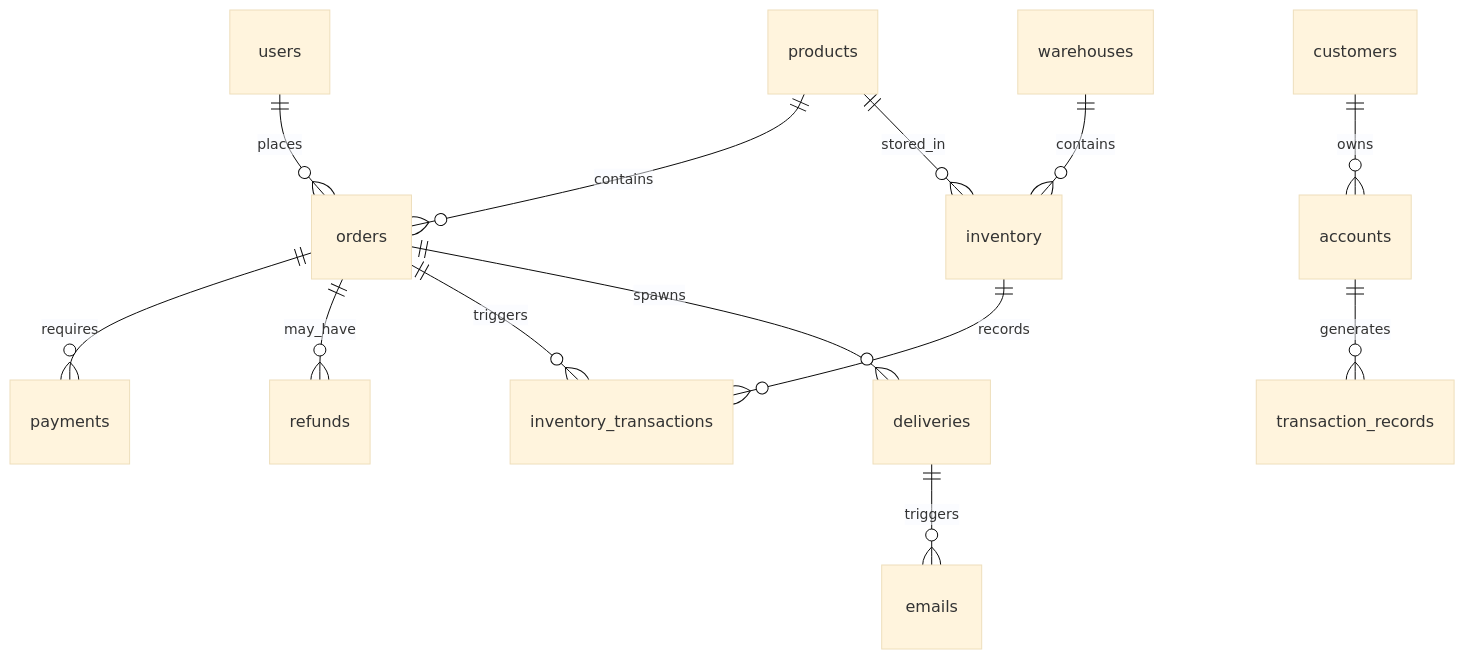
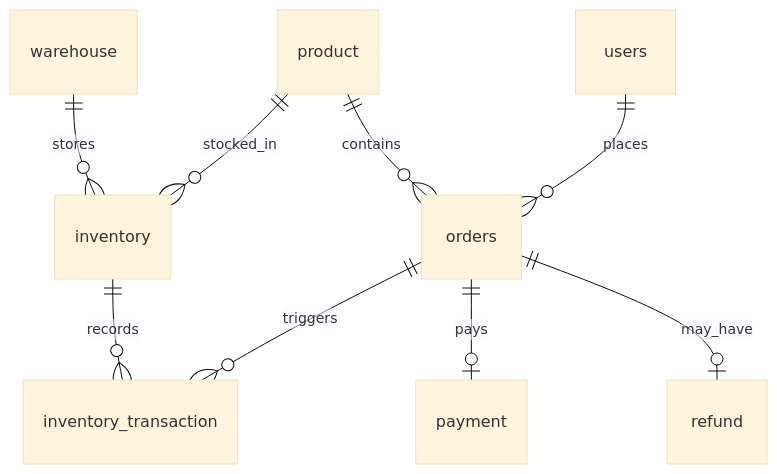
The second of 3 diagrams in Structure.md (steelbigcrow/comp-5348-project), drawn with Mermaid (base theme) before and after one commit. The commit also changed other lines of this file and 1 other file, not shown here.

````diff
--- a/Structure.md
+++ b/Structure.md
@@ -112,15 +117,11 @@
 ```mermaid
 erDiagram
     users ||--o{ orders : places
-    products ||--o{ orders : contains
-    products ||--o{ inventory : stored_in
-    warehouses ||--o{ inventory : contains
-    orders ||--o{ payments : requires
-    orders ||--o{ refunds : may_have
-    orders ||--o{ inventory_transactions : triggers
-    inventory ||--o{ inventory_transactions : records
-    customers ||--o{ accounts : owns
-    accounts ||--o{ transaction_records : generates
-    orders ||--o{ deliveries : spawns
-    deliveries ||--o{ emails : triggers
+    product ||--o{ orders : contains
+    product ||--o{ inventory : stocked_in
+    warehouse ||--o{ inventory : stores
+    orders ||--o{ inventory_transaction : triggers
+    inventory ||--o{ inventory_transaction : records
+    orders ||--o| payment : pays
+    orders ||--o| refund : may_have
 ```
````
